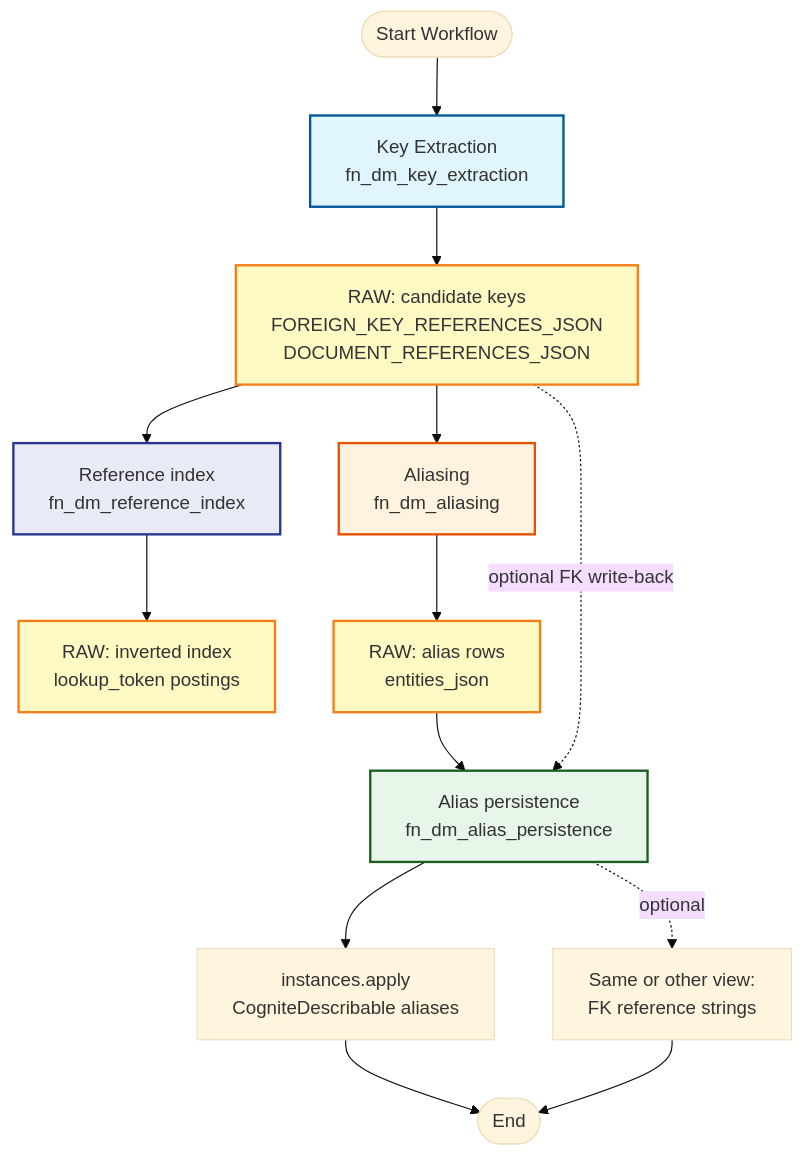
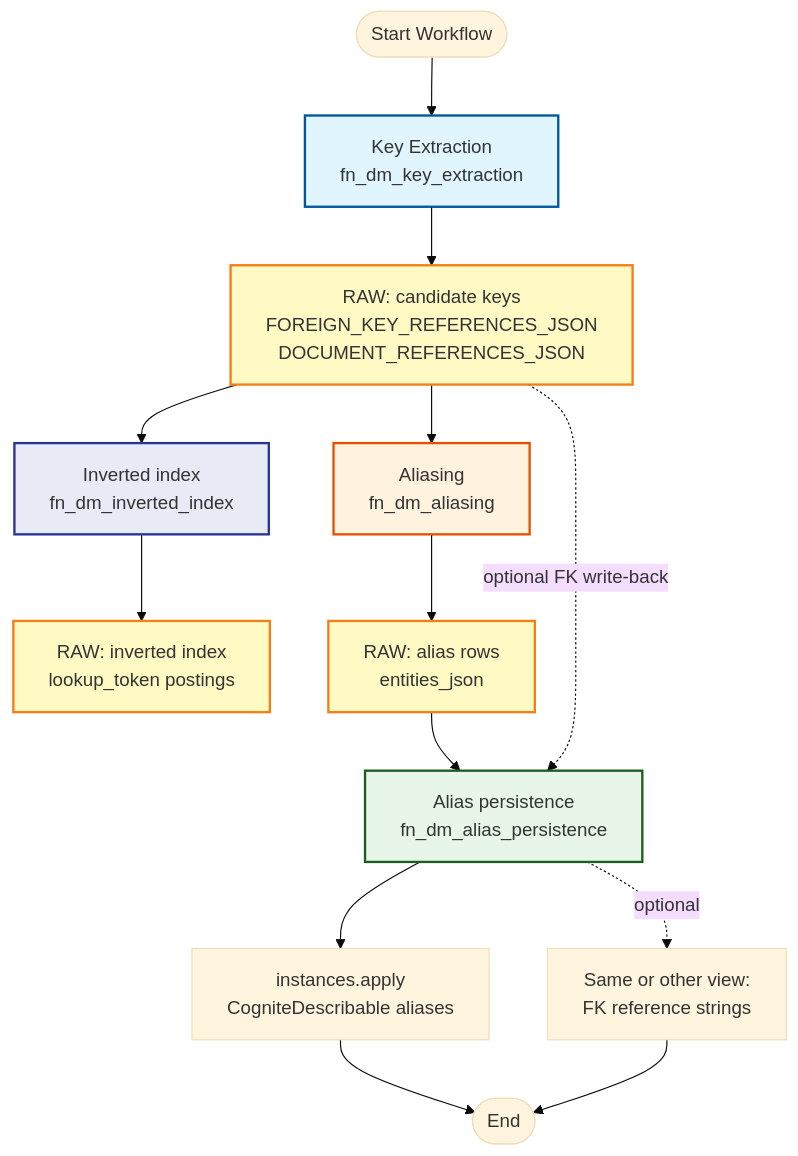
One commit to cognitedata/library changed the diagram in modules/accelerators/contextualization/cdf_key_extraction_aliasing/workflow_template/workflow_diagram.md. Above: the diagram before and after it, drawn with Mermaid (base theme). The commit also changed other lines of this file and 92 other files, not shown here.

First line of the commit message:
cdf_key_extraction_aliasing: inverted index naming and scoped workflows

````diff
--- a/modules/accelerators/contextualization/cdf_key_extraction_aliasing/workflow_template/workflow_diagram.md
+++ b/modules/accelerators/contextualization/cdf_key_extraction_aliasing/workflow_template/workflow_diagram.md
@@ -9,33 +9,33 @@
 ```mermaid
 graph TD
     Start([Start Workflow]) --> KeyExtraction[Key Extraction<br/>fn_dm_key_extraction]
 
     KeyExtraction --> RawKeys[RAW: candidate keys<br/>FOREIGN_KEY_REFERENCES_JSON<br/>DOCUMENT_REFERENCES_JSON]
 
-    RawKeys --> RefIndex[Reference index<br/>fn_dm_reference_index]
+    RawKeys --> RefIndex[Inverted index<br/>fn_dm_inverted_index]
 
     RawKeys --> Aliasing[Aliasing<br/>fn_dm_aliasing]
 
     RefIndex --> RawRefIdx[RAW: inverted index<br/>lookup_token postings]
 
     Aliasing --> RawAliases[RAW: alias rows<br/>entities_json]
 
     RawAliases --> Persistence[Alias persistence<br/>fn_dm_alias_persistence]
 
     RawKeys -. optional FK write-back .-> Persistence
 
     Persistence --> DM[instances.apply<br/>CogniteDescribable aliases]
 
     Persistence -. optional .-> DMFK[Same or other view:<br/>FK reference strings]
 
     DM --> End([End])
     DMFK --> End
 
     style KeyExtraction fill:#e1f5ff,stroke:#01579b,stroke-width:2px
     style RefIndex fill:#e8eaf6,stroke:#283593,stroke-width:2px
     style Aliasing fill:#fff3e0,stroke:#e65100,stroke-width:2px
     style Persistence fill:#e8f5e9,stroke:#1b5e20,stroke-width:2px
     style RawKeys fill:#fff9c4,stroke:#f57f17,stroke-width:2px
     style RawAliases fill:#fff9c4,stroke:#f57f17,stroke-width:2px
     style RawRefIdx fill:#fff9c4,stroke:#f57f17,stroke-width:2px
 ```
````
